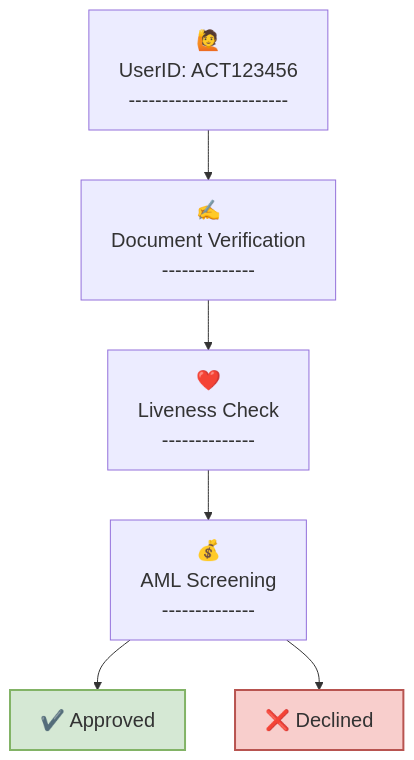
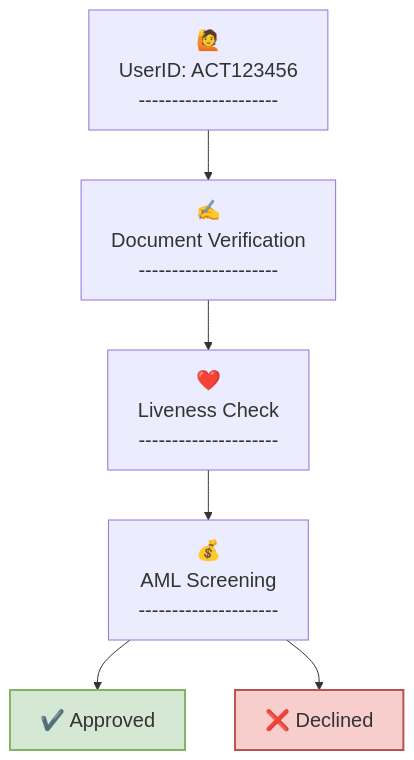
Before and after one commit to Fantastic-Devs/Mintlify: the diagram in id/id.mdx, drawn with Mermaid.

````diff
--- a/id/id.mdx
+++ b/id/id.mdx
@@ -17,28 +17,28 @@
 ```mermaid
 
 graph TB;
-    A["🙋<br />UserID: ACT123456<br> ------------------------"];
-    B["✍<br />Document Verification<br> --------------"];
-    C["❤️<br />Liveness Check<br> --------------"];
-    D["💰<br />AML Screening<br> --------------"];
+    A["🙋<br />UserID: ACT123456<br> ---------------------"];
+    B["✍<br />Document Verification<br> ---------------------"];
+    C["❤️<br />Liveness Check<br> ---------------------"];
+    D["💰<br />AML Screening<br> ---------------------"];
     E["✔️ Approved"];
     F["❌ Declined"];
 
     A --> B;
     B --> C;
     C --> D;
     D --> E;
     D --> F;
     %% Classes
     classDef largeText font-size:20px;
     class A largeText;
     class B largeText;
     class C largeText;
     class D largeText;
     class E largeText;
     class F largeText;
  
     style E fill:#d5e8d4,stroke:#82b366,stroke-width:2px;
     style F fill:#f8cecc,stroke:#b85450,stroke-width:2px;
 
 ```
````
